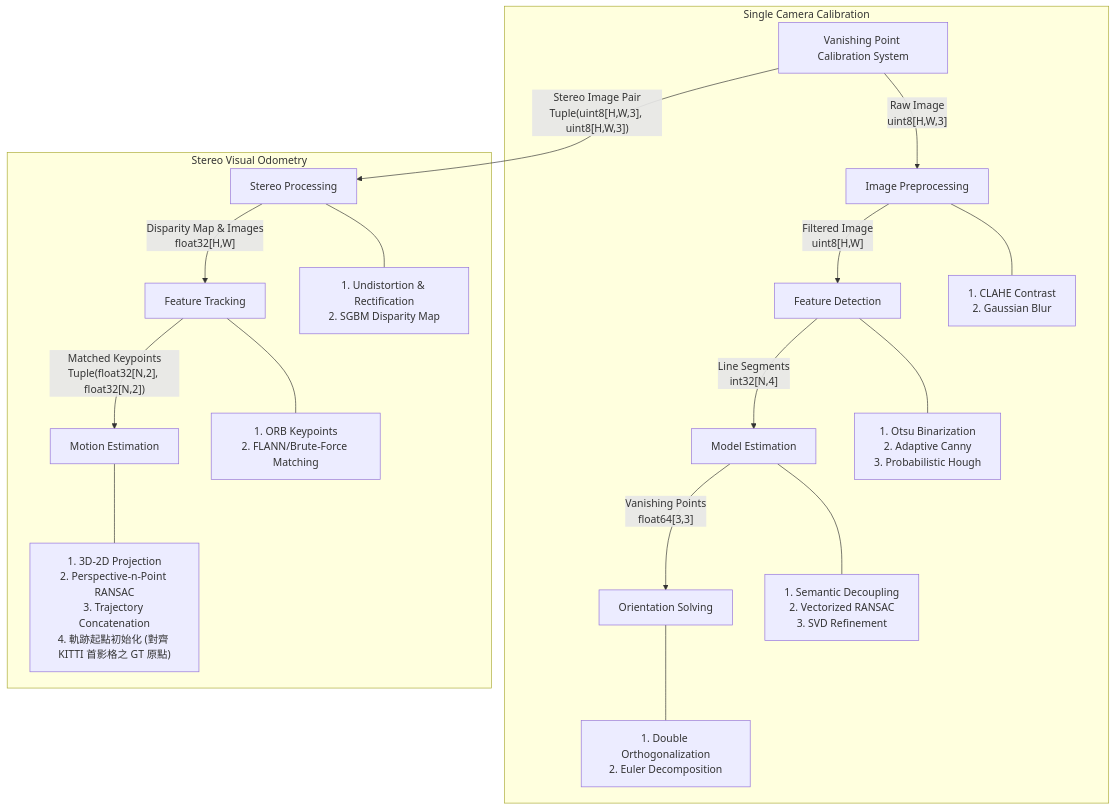
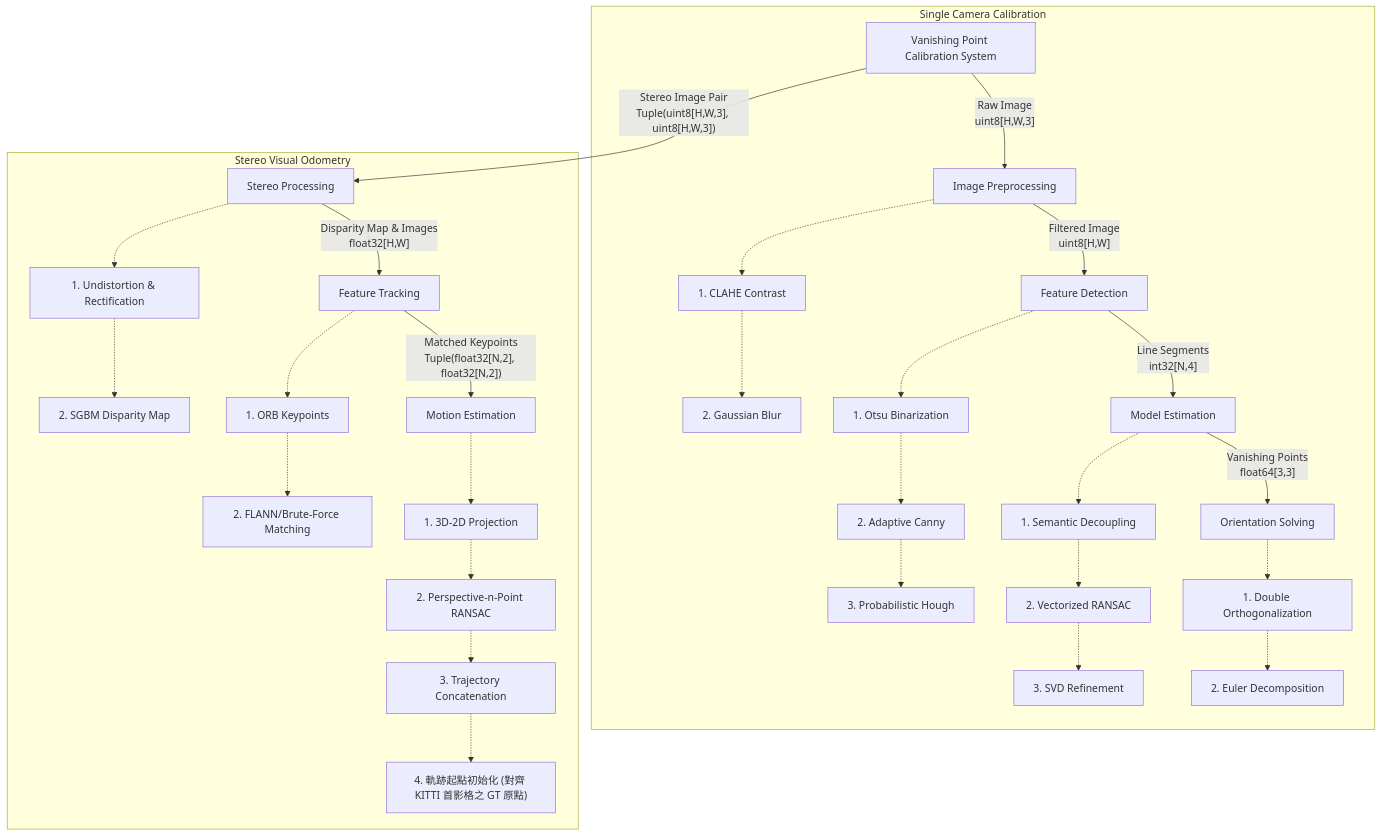
The diagram in README.md (hank921109/114-2-Phone_Camera_Attitude), drawn with Mermaid before and after one commit.

Commit message:
docs: split mermaid algorithm breakdown steps into individual nodes

````diff
--- a/README.md
+++ b/README.md
@@ -55,26 +55,42 @@
 ```mermaid
 graph TD
     System[Vanishing Point Calibration System]
     
     subgraph Single Camera Calibration
         System -- "Raw Image<br/>uint8[H,W,3]" --> PRE[Image Preprocessing]
         PRE -- "Filtered Image<br/>uint8[H,W]" --> DET[Feature Detection]
         DET -- "Line Segments<br/>int32[N,4]" --> RAN[Model Estimation]
         RAN -- "Vanishing Points<br/>float64[3,3]" --> POS[Orientation Solving]
 
-        PRE --- PRE_Desc["1. CLAHE Contrast<br/>2. Gaussian Blur"]
-        DET --- DET_Desc["1. Otsu Binarization<br/>2. Adaptive Canny<br/>3. Probabilistic Hough"]
-        RAN --- RAN_Desc["1. Semantic Decoupling<br/>2. Vectorized RANSAC<br/>3. SVD Refinement"]
-        POS --- POS_Desc["1. Double Orthogonalization<br/>2. Euler Decomposition"]
+        PRE -.-> PRE_1["1. CLAHE Contrast"]
+        PRE_1 -.-> PRE_2["2. Gaussian Blur"]
+
+        DET -.-> DET_1["1. Otsu Binarization"]
+        DET_1 -.-> DET_2["2. Adaptive Canny"]
+        DET_2 -.-> DET_3["3. Probabilistic Hough"]
+
+        RAN -.-> RAN_1["1. Semantic Decoupling"]
+        RAN_1 -.-> RAN_2["2. Vectorized RANSAC"]
+        RAN_2 -.-> RAN_3["3. SVD Refinement"]
+
+        POS -.-> POS_1["1. Double Orthogonalization"]
+        POS_1 -.-> POS_2["2. Euler Decomposition"]
     end
 
     subgraph Stereo Visual Odometry
         System -- "Stereo Image Pair<br/>Tuple(uint8[H,W,3], uint8[H,W,3])" --> VO_PRE[Stereo Processing]
         VO_PRE -- "Disparity Map & Images<br/>float32[H,W]" --> VO_FEAT[Feature Tracking]
         VO_FEAT -- "Matched Keypoints<br/>Tuple(float32[N,2], float32[N,2])" --> VO_MOT[Motion Estimation]
         
-        VO_PRE --- VO_PRE_Desc["1. Undistortion & Rectification<br/>2. SGBM Disparity Map"]
-        VO_FEAT --- VO_FEAT_Desc["1. ORB Keypoints<br/>2. FLANN/Brute-Force Matching"]
-        VO_MOT --- VO_MOT_Desc["1. 3D-2D Projection<br/>2. Perspective-n-Point RANSAC<br/>3. Trajectory Concatenation<br/>4. 軌跡起點初始化 (對齊 KITTI 首影格之 GT 原點)"]
+        VO_PRE -.-> VO_PRE_1["1. Undistortion & Rectification"]
+        VO_PRE_1 -.-> VO_PRE_2["2. SGBM Disparity Map"]
+
+        VO_FEAT -.-> VO_FEAT_1["1. ORB Keypoints"]
+        VO_FEAT_1 -.-> VO_FEAT_2["2. FLANN/Brute-Force Matching"]
+
+        VO_MOT -.-> VO_MOT_1["1. 3D-2D Projection"]
+        VO_MOT_1 -.-> VO_MOT_2["2. Perspective-n-Point RANSAC"]
+        VO_MOT_2 -.-> VO_MOT_3["3. Trajectory Concatenation"]
+        VO_MOT_3 -.-> VO_MOT_4["4. 軌跡起點初始化 (對齊 KITTI 首影格之 GT 原點)"]
     end
 ```
````
